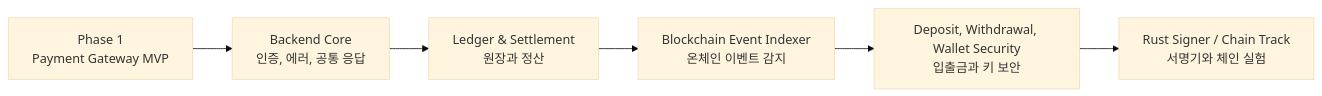
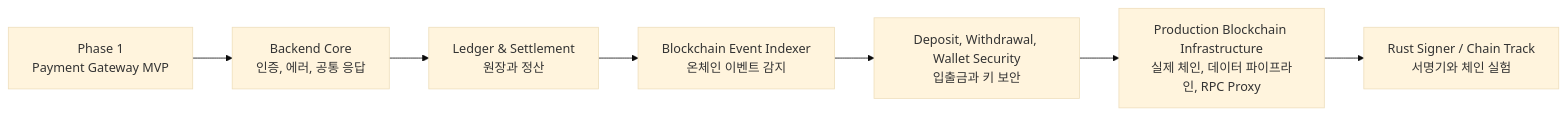
One commit to HoBaeBang/2030-korea-stablepay-network changed the first of 7 diagrams in docs/roadmap/phase-2-roadmap.md. Above: the diagram before and after it, drawn with Mermaid (base theme). The commit also changed other lines of this file and 4 other files, not shown here.

````diff
--- a/docs/roadmap/phase-2-roadmap.md
+++ b/docs/roadmap/phase-2-roadmap.md
@@ -20,11 +20,12 @@
 ```mermaid
 flowchart LR
     P1["Phase 1<br/>Payment Gateway MVP"]
     Core["Backend Core<br/>인증, 에러, 공통 응답"]
     Ledger["Ledger & Settlement<br/>원장과 정산"]
     Chain["Blockchain Event Indexer<br/>온체인 이벤트 감지"]
     Wallet["Deposit, Withdrawal, Wallet Security<br/>입출금과 키 보안"]
+    Infra["Production Blockchain Infrastructure<br/>실제 체인, 데이터 파이프라인, RPC Proxy"]
     Rust["Rust Signer / Chain Track<br/>서명기와 체인 실험"]
 
-    P1 --> Core --> Ledger --> Chain --> Wallet --> Rust
+    P1 --> Core --> Ledger --> Chain --> Wallet --> Infra --> Rust
 ```
````
